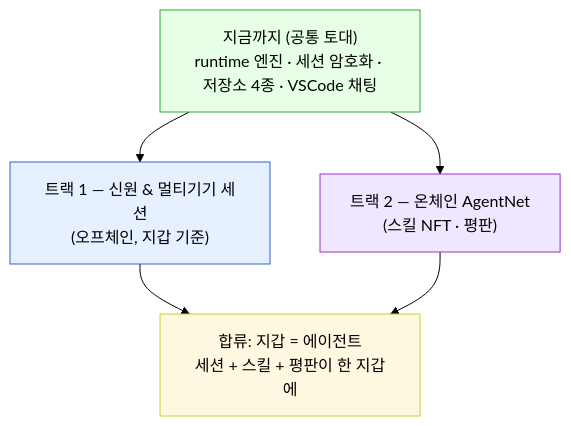
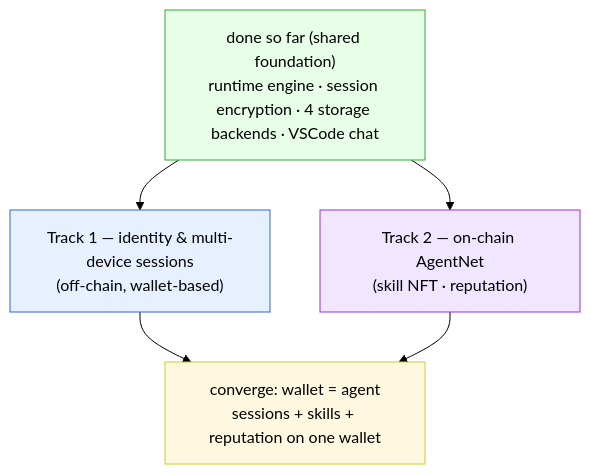
Before and after one commit to IQCoreTeam/AgentNet: the first of 4 diagrams in plans/roadmap-2tracks.md, drawn with Mermaid (forest theme). The commit also changed other lines of this file, not shown here.

Commit message:
docs: translate roadmap-2tracks to English

````diff
--- a/plans/roadmap-2tracks.md
+++ b/plans/roadmap-2tracks.md
@@ -6,12 +7,12 @@
 ```mermaid
 flowchart TB
-    BASE["지금까지 (공통 토대)<br/>runtime 엔진 · 세션 암호화 · 저장소 4종 · VSCode 채팅"]
-    BASE --> T1["트랙 1 — 신원 & 멀티기기 세션<br/>(오프체인, 지갑 기준)"]
-    BASE --> T2["트랙 2 — 온체인 AgentNet<br/>(스킬 NFT · 평판)"]
-    T1 --> CONV["합류: 지갑 = 에이전트<br/>세션 + 스킬 + 평판이 한 지갑에"]
+    BASE["done so far (shared foundation)<br/>runtime engine · session encryption · 4 storage backends · VSCode chat"]
+    BASE --> T1["Track 1 — identity & multi-device sessions<br/>(off-chain, wallet-based)"]
+    BASE --> T2["Track 2 — on-chain AgentNet<br/>(skill NFT · reputation)"]
+    T1 --> CONV["converge: wallet = agent<br/>sessions + skills + reputation on one wallet"]
     T2 --> CONV
     style BASE fill:#e6ffe6,stroke:#3a3
     style T1 fill:#e6f0ff,stroke:#36c
     style T2 fill:#f0e6ff,stroke:#93c
     style CONV fill:#fff8e0,stroke:#cc3
 ```
````
